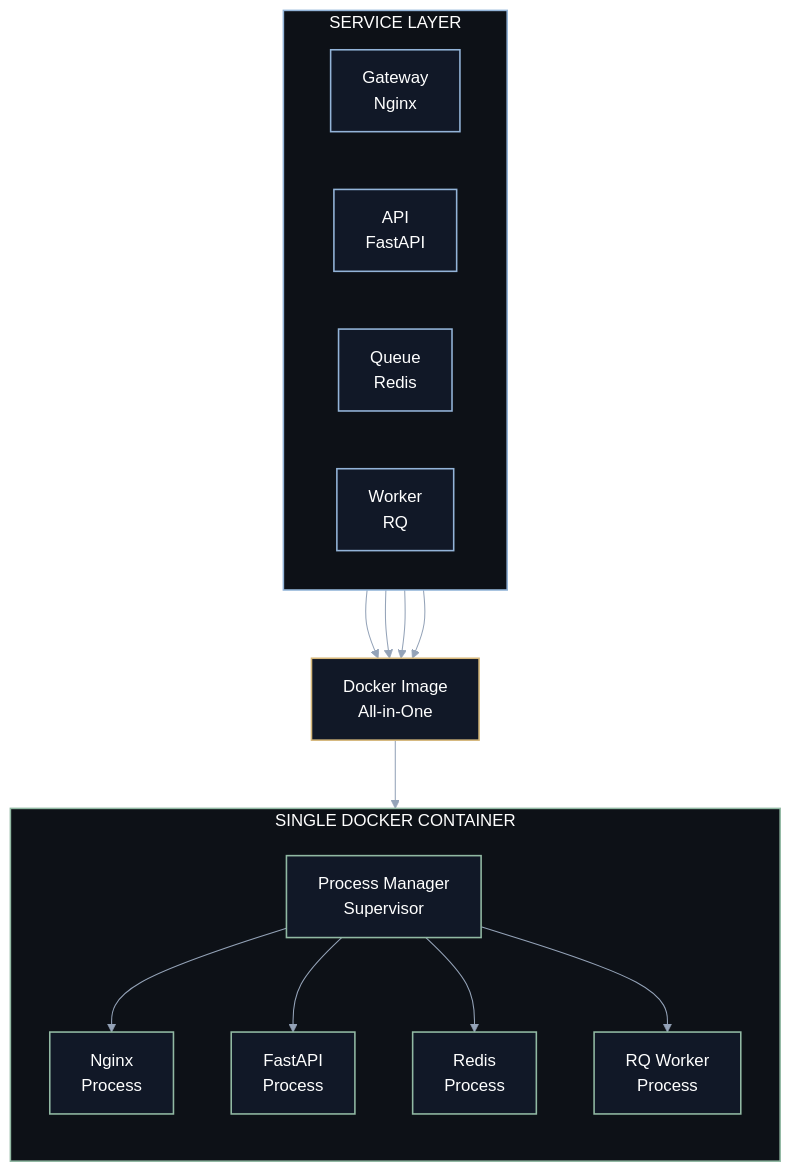
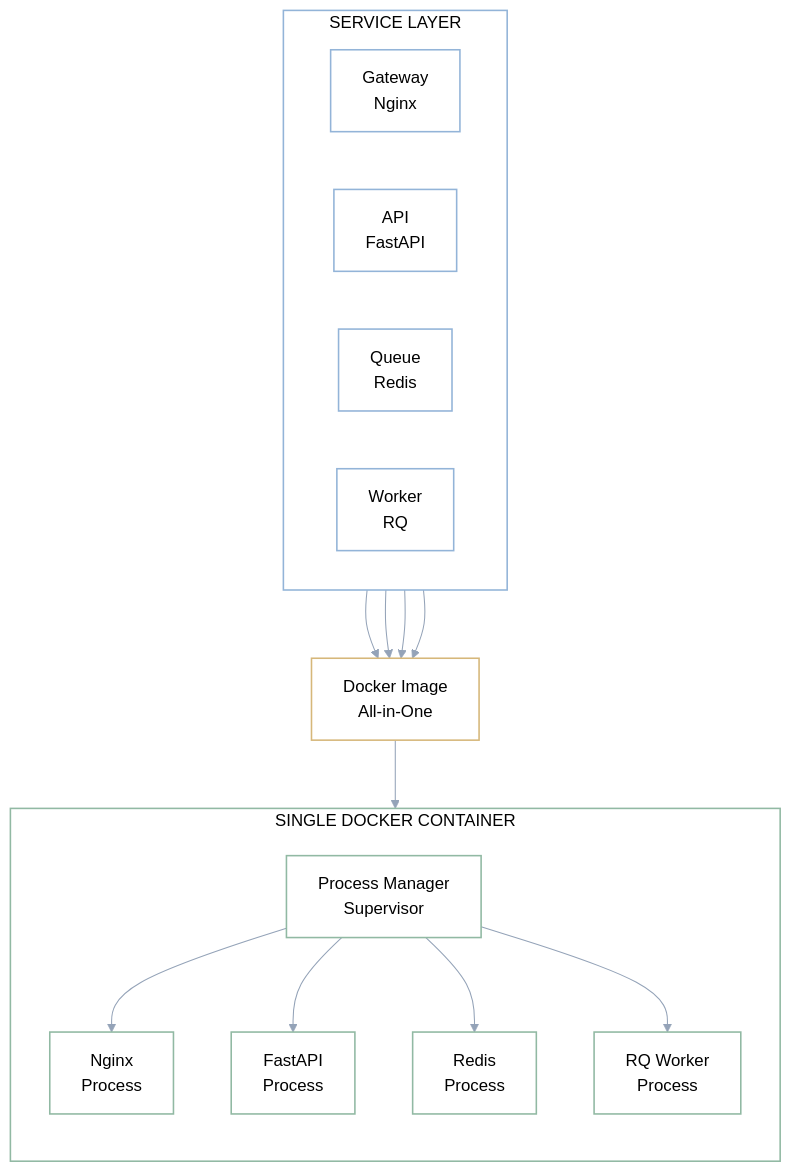
One commit to TranKiet146/docflow_SOA_Seminar changed the second of 3 diagrams in README.md. Above: the diagram before and after it, drawn with Mermaid. The commit also changed other lines of this file, not shown here.

Commit message:
add theme for diagram

````diff
--- a/README.md
+++ b/README.md
@@ -415,45 +415,45 @@
 ```mermaid
-%%{init: {"theme": "default", "themeVariables": {"fontFamily": "Arial", "fontSize": "16px", "primaryTextColor": "#000000", "lineColor": "#94A3B8"}, "flowchart": {"htmlLabels": true, "nodeSpacing": 55, "rankSpacing": 65, "useMaxWidth": true}}}%%
+%%{init: {"theme": "base", "themeVariables": {"background": "#FFFFFF", "primaryColor": "#FFFFFF", "primaryTextColor": "#000000", "primaryBorderColor": "#CBD5E1", "lineColor": "#94A3B8", "fontFamily": "Arial", "fontSize": "16px"}, "flowchart": {"htmlLabels": true, "nodeSpacing": 55, "rankSpacing": 65, "useMaxWidth": true}}}%%
 flowchart TB
     subgraph SL["SERVICE LAYER"]
         direction LR
         S1["Gateway<br/>Nginx"]
         S2["API<br/>FastAPI"]
         S3["Queue<br/>Redis"]
         S4["Worker<br/>RQ"]
     end
 
     IMG["Docker Image<br/>All-in-One"]
 
     subgraph CL["SINGLE DOCKER CONTAINER"]
         direction TB
         PM["Process Manager<br/>Supervisor"]
         P1["Nginx<br/>Process"]
         P2["FastAPI<br/>Process"]
         P3["Redis<br/>Process"]
         P4["RQ Worker<br/>Process"]
 
         PM --> P1
         PM --> P2
         PM --> P3
         PM --> P4
     end
 
     S1 --> IMG
     S2 --> IMG
     S3 --> IMG
     S4 --> IMG
     IMG --> PM
 
-    classDef default fill:#111827,stroke:#CBD5E1,stroke-width:1px,color:#FFFFFF
-    classDef service fill:#111827,stroke:#93B4D8,stroke-width:1.5px,color:#FFFFFF
-    classDef image fill:#111827,stroke:#D6B77A,stroke-width:1.5px,color:#FFFFFF
-    classDef process fill:#111827,stroke:#91B9A3,stroke-width:1.5px,color:#FFFFFF
+    classDef default fill:#FFFFFF,stroke:#CBD5E1,stroke-width:1px,color:#000000
+    classDef service fill:#FFFFFF,stroke:#93B4D8,stroke-width:1.5px,color:#000000
+    classDef image fill:#FFFFFF,stroke:#D6B77A,stroke-width:1.5px,color:#000000
+    classDef process fill:#FFFFFF,stroke:#91B9A3,stroke-width:1.5px,color:#000000
 
     class S1,S2,S3,S4 service
     class IMG image
     class PM,P1,P2,P3,P4 process
 
-    style SL fill:#0D1117,stroke:#93B4D8,stroke-width:1.5px,color:#FFFFFF
-    style CL fill:#0D1117,stroke:#91B9A3,stroke-width:1.5px,color:#FFFFFF
+    style SL fill:#FFFFFF,stroke:#93B4D8,stroke-width:1.5px,color:#000000
+    style CL fill:#FFFFFF,stroke:#91B9A3,stroke-width:1.5px,color:#000000
 ```
````
